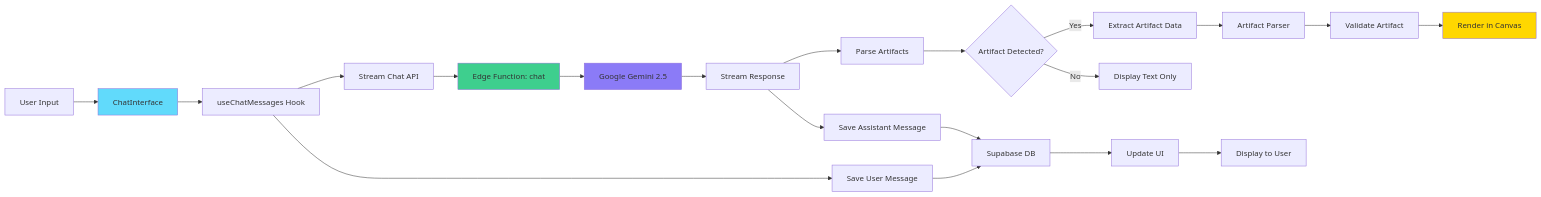
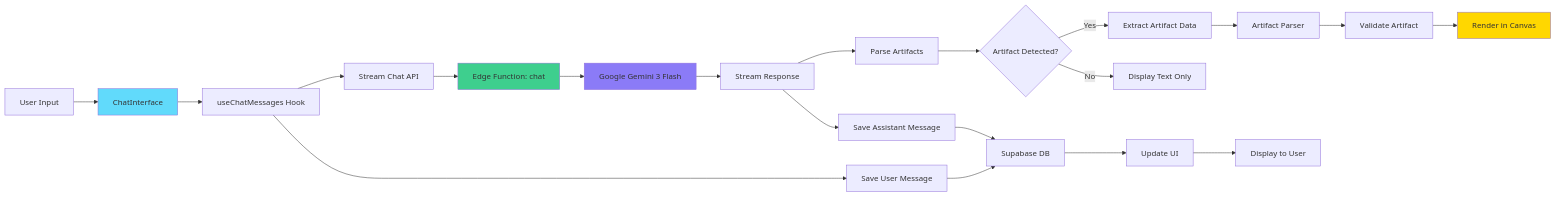
Before and after one commit to NickB03/vana: the fourth of 5 diagrams in README.md, drawn with Mermaid. The commit also changed other lines of this file and 84 other files, not shown here.

First line of the commit message:
feat: Complete Gemini 3 Flash migration from GLM (#521)

````diff
--- a/README.md
+++ b/README.md
@@ -420,33 +420,33 @@
 ```mermaid
 graph LR
     A[User Input] --> B[ChatInterface]
     B --> C[useChatMessages Hook]
     C --> D[Save User Message]
     D --> E[Supabase DB]
 
     C --> F[Stream Chat API]
     F --> G[Edge Function: chat]
-    G --> H[Google Gemini 2.5]
+    G --> H[Google Gemini 3 Flash]
     H --> I[Stream Response]
 
     I --> J[Parse Artifacts]
     J --> K{Artifact Detected?}
 
     K -->|Yes| L[Extract Artifact Data]
     K -->|No| M[Display Text Only]
 
     L --> N[Artifact Parser]
     N --> O[Validate Artifact]
     O --> P[Render in Canvas]
 
     I --> Q[Save Assistant Message]
     Q --> E
 
     E --> R[Update UI]
     R --> S[Display to User]
 
     style B fill:#61dafb
     style G fill:#3ecf8e
     style H fill:#8B7BF7
     style P fill:#FFD700
 ```
````
